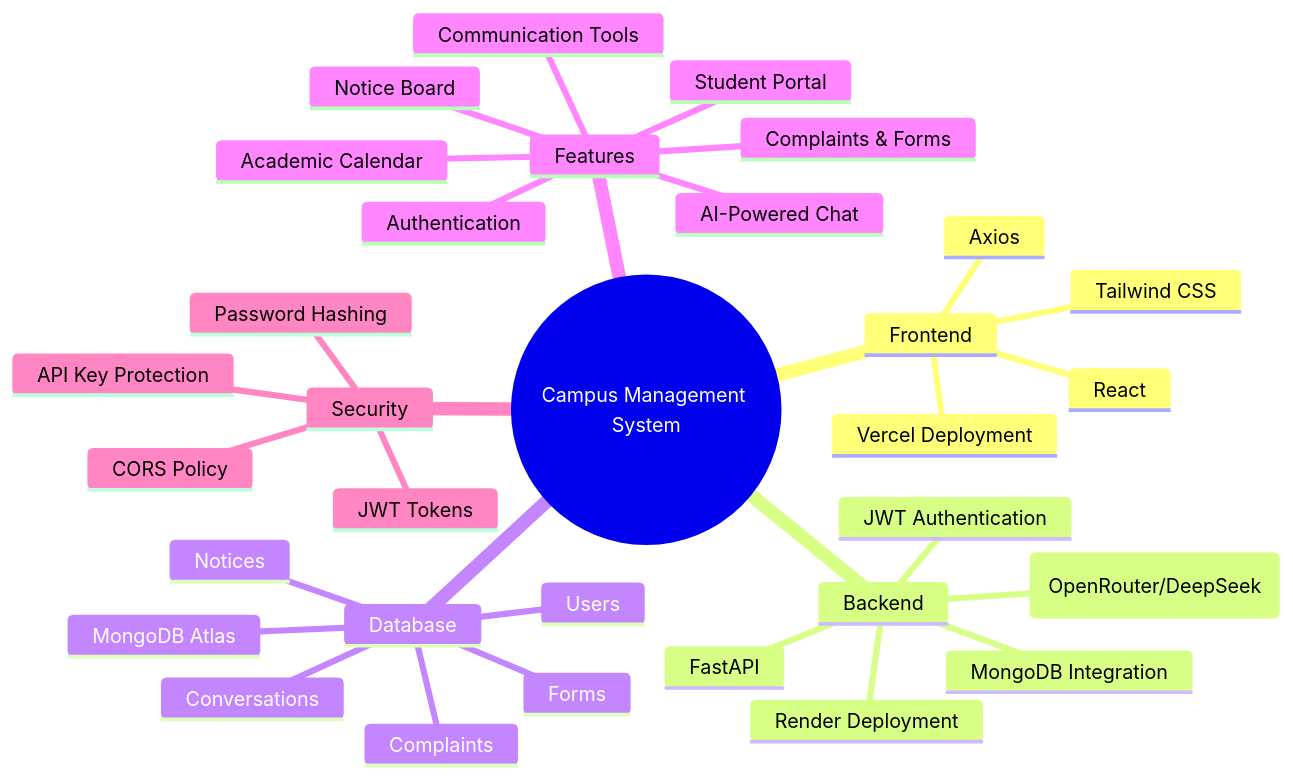
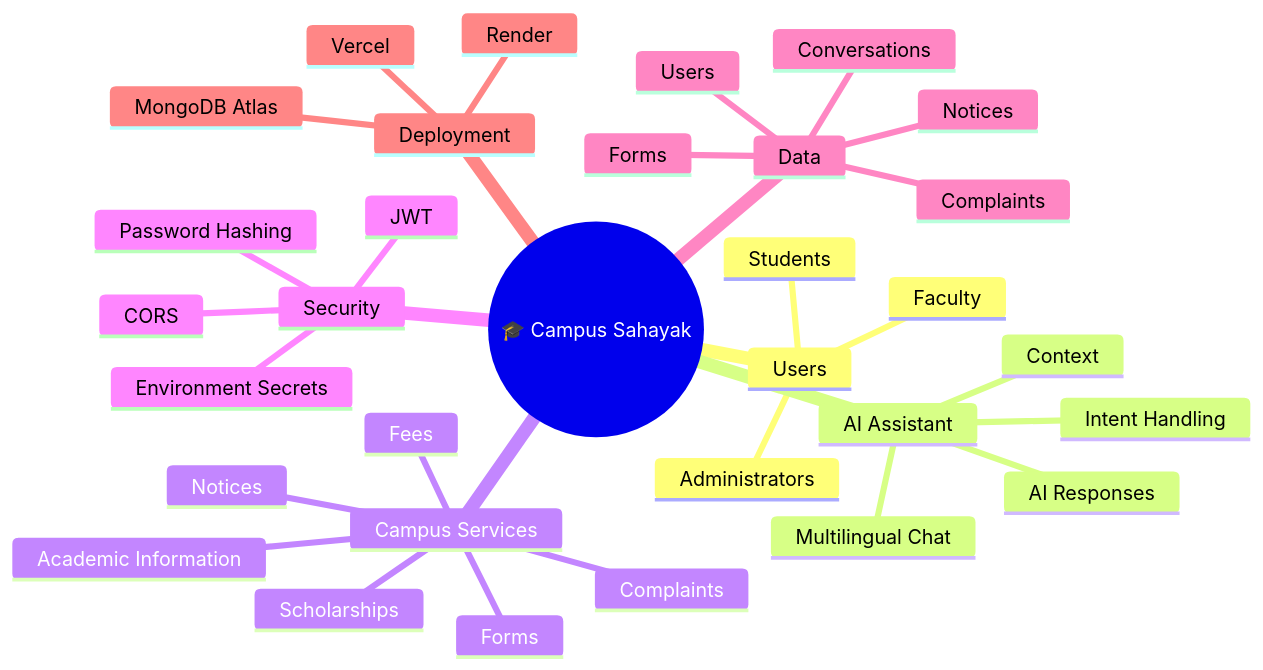
Before and after one commit to Avinraj01/Campus-Sahayak: the first of 8 diagrams in README.md, drawn with Mermaid. The commit also changed other lines of this file, not shown here.

Commit message:
docs: upgrade README with architecture workflow and tests

`````diff
--- a/README.md
+++ b/README.md
@@ -19,35 +64,35 @@
 ```mermaid
 mindmap
-  root((Campus Management System))
-    Frontend
-      React
-      Tailwind CSS
-      Axios
-      Vercel Deployment
-    Backend
-      FastAPI
-      JWT Authentication
-      AI Chat (OpenRouter/DeepSeek)
-      MongoDB Integration
-      Render Deployment
-    Database
-      MongoDB Atlas
+  root((🎓 Campus Sahayak))
+    Users
+      Students
+      Faculty
+      Administrators
+    AI Assistant
+      Multilingual Chat
+      Context
+      Intent Handling
+      AI Responses
+    Campus Services
+      Notices
+      Forms
+      Complaints
+      Academic Information
+      Fees
+      Scholarships
+    Security
+      JWT
+      Password Hashing
+      CORS
+      Environment Secrets
+    Data
       Users
+      Conversations
       Complaints
       Forms
       Notices
-      Conversations
-    Features
-      Authentication
-      AI-Powered Chat
-      Student Portal
-      Complaints & Forms
-      Notice Board
-      Academic Calendar
-      Communication Tools
-    Security
-      JWT Tokens
-      Password Hashing
-      API Key Protection
-      CORS Policy
-````
+    Deployment
+      Vercel
+      Render
+      MongoDB Atlas
+```
`````
